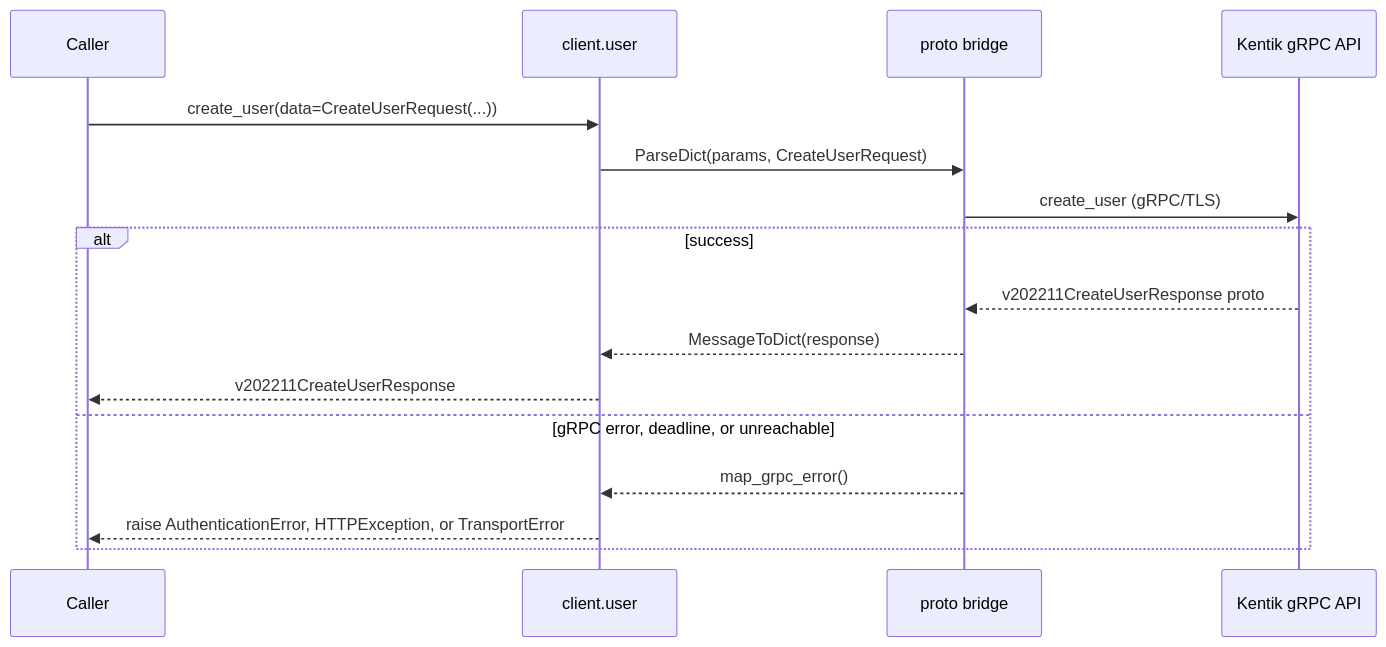
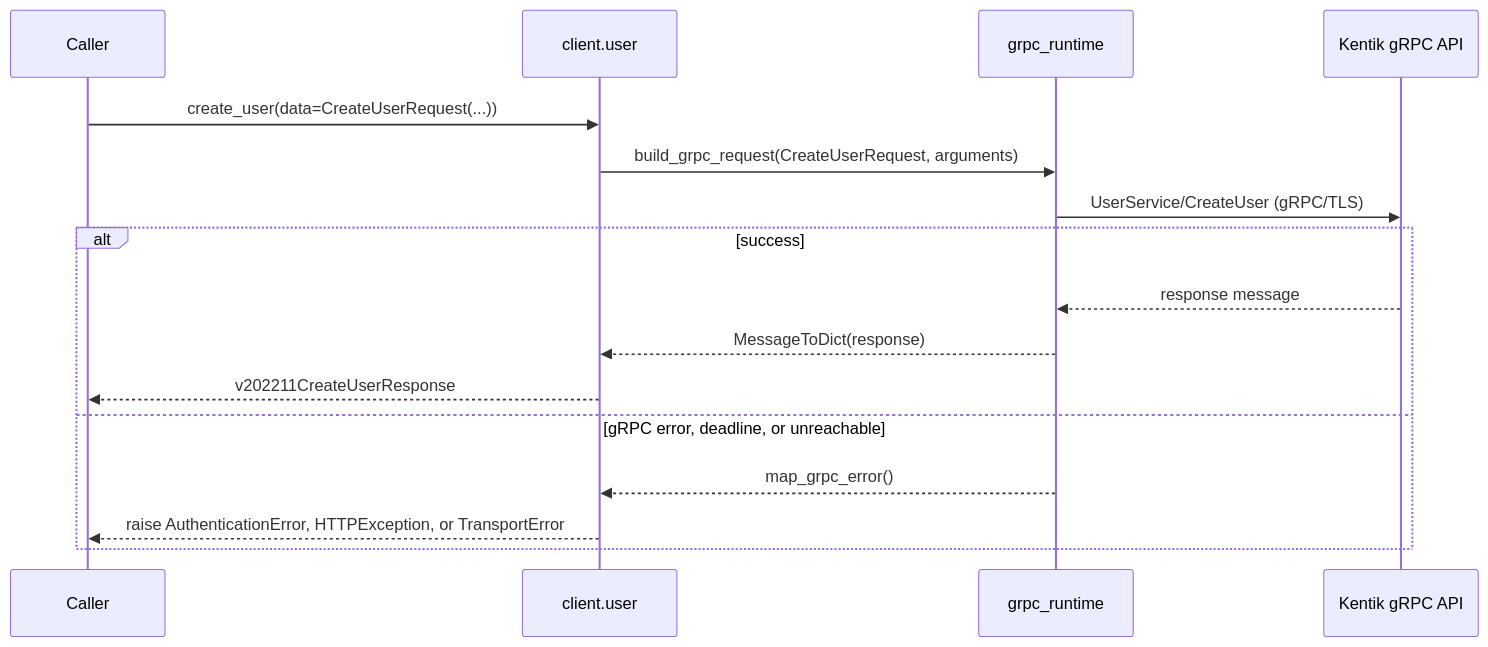
The fifth of 16 diagrams in docs/sphinx/services/user.md (alexdearaujo/community_sdk_python), drawn with Mermaid before and after one commit. The commit also changed other lines of this file and 37 other files, not shown here.

First line of the commit message:
docs: show the real RPC in each service page's gRPC diagram

````diff
--- a/docs/sphinx/services/user.md
+++ b/docs/sphinx/services/user.md
@@ -127,19 +127,19 @@
 ```mermaid
 sequenceDiagram
     participant C as Caller
     participant W as client.user
-    participant B as proto bridge
+    participant R as grpc_runtime
     participant API as Kentik gRPC API
 
     C->>W: create_user(data=CreateUserRequest(...))
-    W->>B: ParseDict(params, CreateUserRequest)
-    B->>API: create_user (gRPC/TLS)
+    W->>R: build_grpc_request(CreateUserRequest, arguments)
+    R->>API: UserService/CreateUser (gRPC/TLS)
     alt success
-        API-->>B: v202211CreateUserResponse proto
-        B-->>W: MessageToDict(response)
+        API-->>R: response message
+        R-->>W: MessageToDict(response)
         W-->>C: v202211CreateUserResponse
     else gRPC error, deadline, or unreachable
-        B-->>W: map_grpc_error()
+        R-->>W: map_grpc_error()
         W-->>C: raise AuthenticationError, HTTPException, or TransportError
     end
 ```
````
